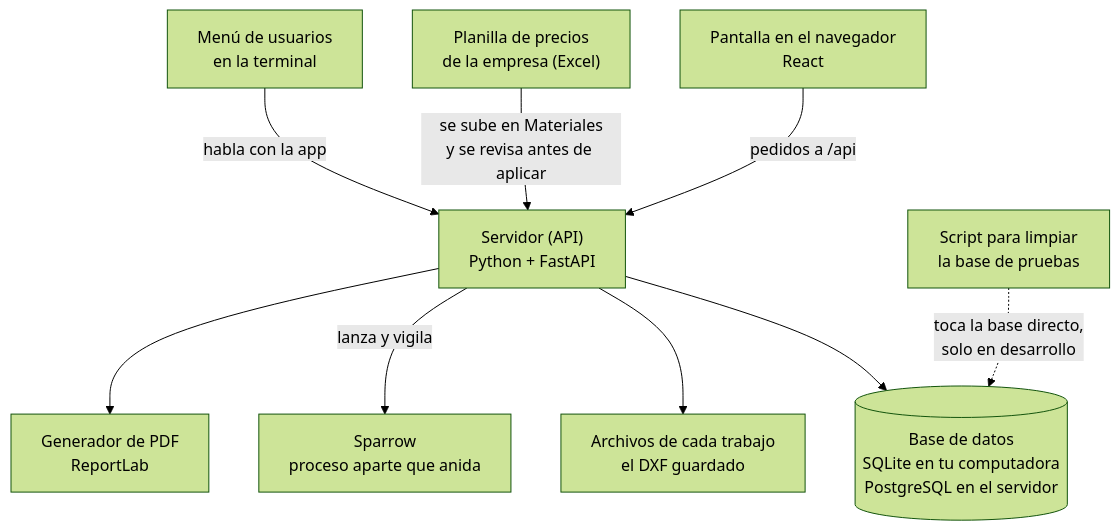
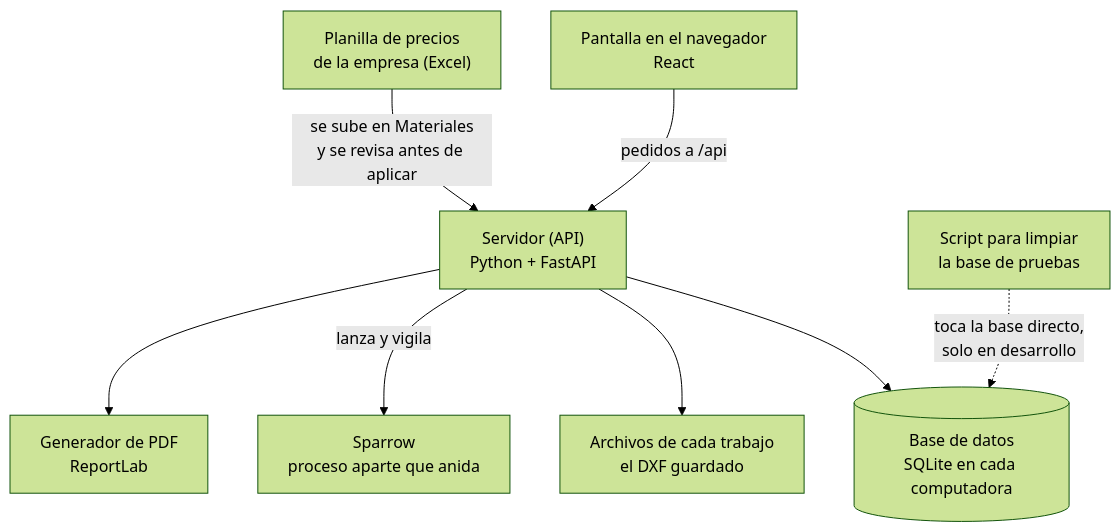
The second of 3 diagrams in README.md (enzopazzelli/carteleria), drawn with Mermaid (forest theme) before and after one commit. The commit also changed other lines of this file and 21 other files, not shown here.

````diff
--- a/README.md
+++ b/README.md
@@ -86,11 +67,10 @@
 ```mermaid
 flowchart TB
     P["Pantalla en el navegador<br/>React"] -->|"pedidos a /api"| API["Servidor (API)<br/>Python + FastAPI"]
-    API --> DB[("Base de datos<br/>SQLite en tu computadora<br/>PostgreSQL en el servidor")]
+    API --> DB[("Base de datos<br/>SQLite en cada computadora")]
     API --> ARCH["Archivos de cada trabajo<br/>el DXF guardado"]
     API -->|"lanza y vigila"| S["Sparrow<br/>proceso aparte que anida"]
     API --> PDF["Generador de PDF<br/>ReportLab"]
     X["Planilla de precios<br/>de la empresa (Excel)"] -->|"se sube en Materiales<br/>y se revisa antes de aplicar"| API
-    M1["Menú de usuarios<br/>en la terminal"] -->|"habla con la app"| API
     M2["Script para limpiar<br/>la base de pruebas"] -.->|"toca la base directo,<br/>solo en desarrollo"| DB
 ```
````
